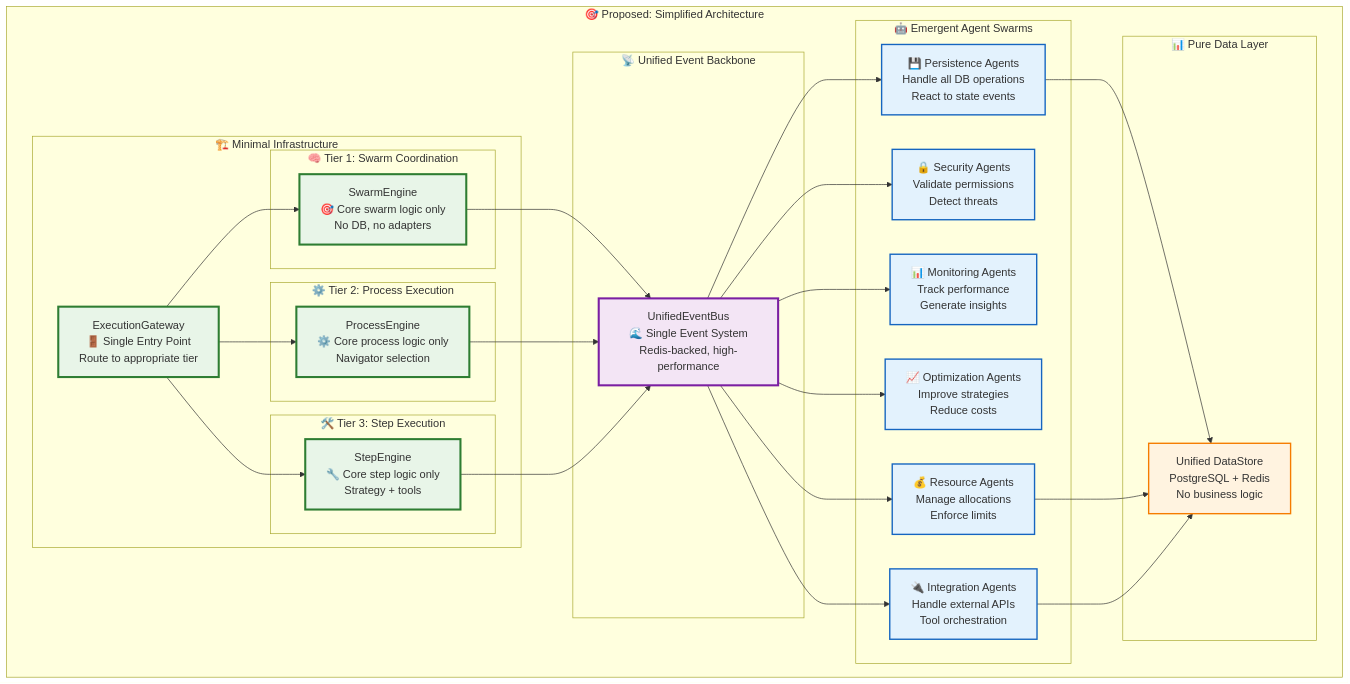
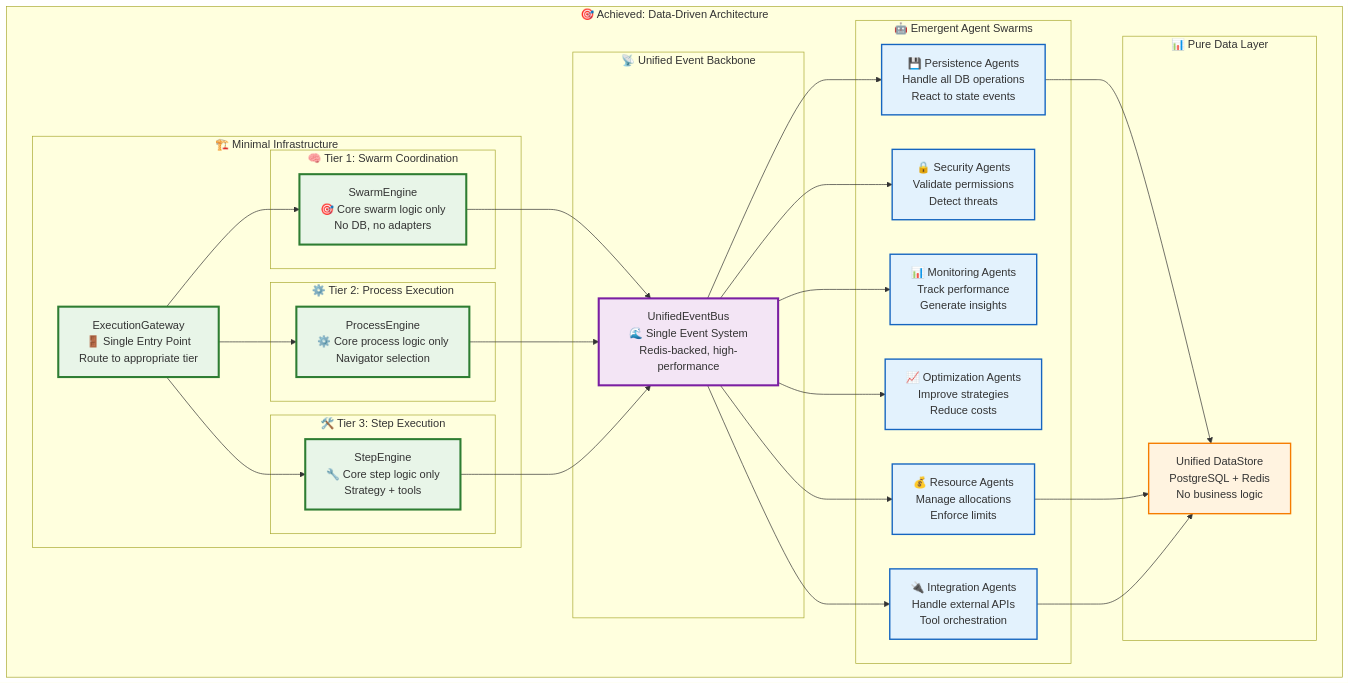
One commit to Vrooli/Vrooli changed the sixth of 9 diagrams in packages/server/src/services/execution/README.md. Above: the diagram before and after it, drawn with Mermaid. The commit also changed other lines of this file and 84 other files, not shown here.

Commit message:
execution architecture refactor p9

````diff
--- a/packages/server/src/services/execution/README.md
+++ b/packages/server/src/services/execution/README.md
@@ -263,67 +1484,67 @@
 ```mermaid
 graph TB
-    subgraph "🎯 Proposed: Simplified Architecture"
+    subgraph "🎯 Achieved: Data-Driven Architecture"
         subgraph "📡 Unified Event Backbone"
             EventCore[UnifiedEventBus<br/>🌊 Single Event System<br/>Redis-backed, high-performance]
         end
         
         subgraph "🏗️ Minimal Infrastructure"
             Gateway[ExecutionGateway<br/>🚪 Single Entry Point<br/>Route to appropriate tier]
             
             subgraph "🧠 Tier 1: Swarm Coordination"
                 SwarmEngine[SwarmEngine<br/>🎯 Core swarm logic only<br/>No DB, no adapters]
             end
             
             subgraph "⚙️ Tier 2: Process Execution" 
                 ProcessEngine[ProcessEngine<br/>⚙️ Core process logic only<br/>Navigator selection]
             end
             
             subgraph "🛠️ Tier 3: Step Execution"
                 StepEngine[StepEngine<br/>🔧 Core step logic only<br/>Strategy + tools]
             end
         end
         
         subgraph "🤖 Emergent Agent Swarms"
             PersistenceAgents[💾 Persistence Agents<br/>Handle all DB operations<br/>React to state events]
             SecurityAgents[🔒 Security Agents<br/>Validate permissions<br/>Detect threats]
             MonitoringAgents[📊 Monitoring Agents<br/>Track performance<br/>Generate insights]
             OptimizationAgents[📈 Optimization Agents<br/>Improve strategies<br/>Reduce costs]
             ResourceAgents[💰 Resource Agents<br/>Manage allocations<br/>Enforce limits]
             IntegrationAgents[🔌 Integration Agents<br/>Handle external APIs<br/>Tool orchestration]
         end
         
         subgraph "📊 Pure Data Layer"
             DataStore[Unified DataStore<br/>PostgreSQL + Redis<br/>No business logic]
         end
     end
     
     %% Connections
     Gateway --> SwarmEngine
     Gateway --> ProcessEngine  
     Gateway --> StepEngine
     
     SwarmEngine --> EventCore
     ProcessEngine --> EventCore
     StepEngine --> EventCore
     
     EventCore --> PersistenceAgents
     EventCore --> SecurityAgents
     EventCore --> MonitoringAgents
     EventCore --> OptimizationAgents
     EventCore --> ResourceAgents
     EventCore --> IntegrationAgents
     
     PersistenceAgents --> DataStore
     ResourceAgents --> DataStore
     IntegrationAgents --> DataStore
     
     classDef minimal fill:#e8f5e8,stroke:#2e7d32,stroke-width:3px
     classDef emergent fill:#e3f2fd,stroke:#1565c0,stroke-width:2px
     classDef data fill:#fff3e0,stroke:#f57c00,stroke-width:2px
     classDef event fill:#f3e5f5,stroke:#7b1fa2,stroke-width:3px
     
     class Gateway,SwarmEngine,ProcessEngine,StepEngine minimal
     class PersistenceAgents,SecurityAgents,MonitoringAgents,OptimizationAgents,ResourceAgents,IntegrationAgents emergent
     class DataStore data
     class EventCore event
 ```
````
